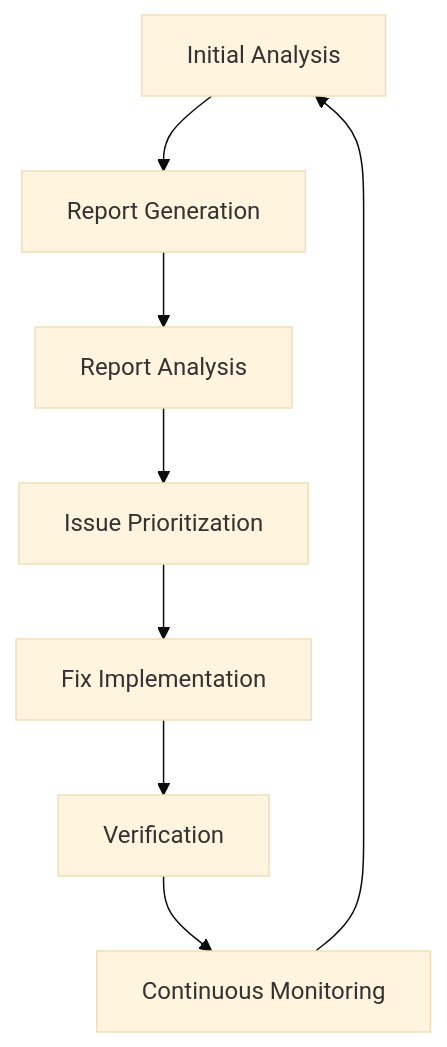
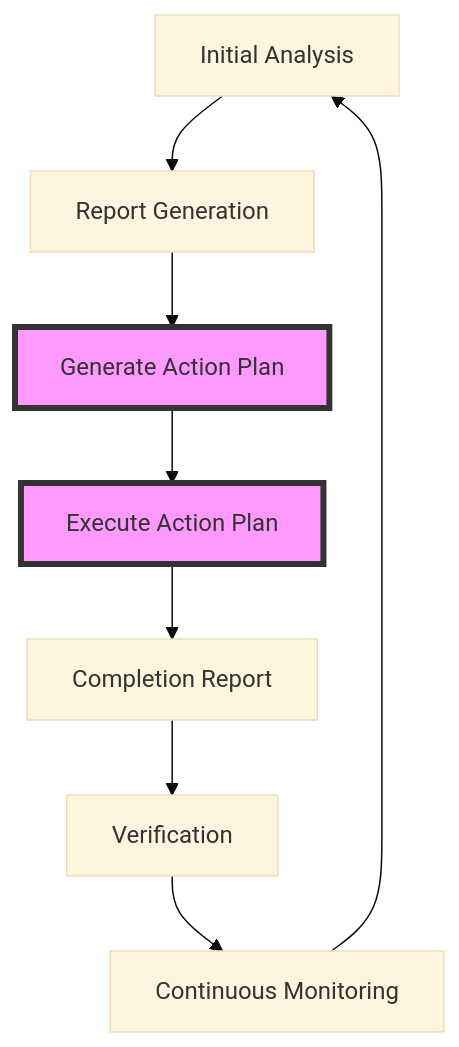
Before and after one commit to redpop/claude-code-toolkit: the diagram in docs/guides/COMPREHENSIVE-WORKFLOW.md, drawn with Mermaid (base theme). The commit also changed other lines of this file and 13 other files, not shown here.

````diff
--- a/docs/guides/COMPREHENSIVE-WORKFLOW.md
+++ b/docs/guides/COMPREHENSIVE-WORKFLOW.md
@@ -9,10 +27,13 @@
 ```mermaid
 graph TD
     A[Initial Analysis] --> B[Report Generation]
-    B --> C[Report Analysis]
-    C --> D[Issue Prioritization]
-    D --> E[Fix Implementation]
+    B --> C[Generate Action Plan]
+    C --> D[Execute Action Plan]
+    D --> E[Completion Report]
     E --> F[Verification]
     F --> G[Continuous Monitoring]
     G --> A
+    
+    style C fill:#f9f,stroke:#333,stroke-width:4px
+    style D fill:#f9f,stroke:#333,stroke-width:4px
 ```
````
